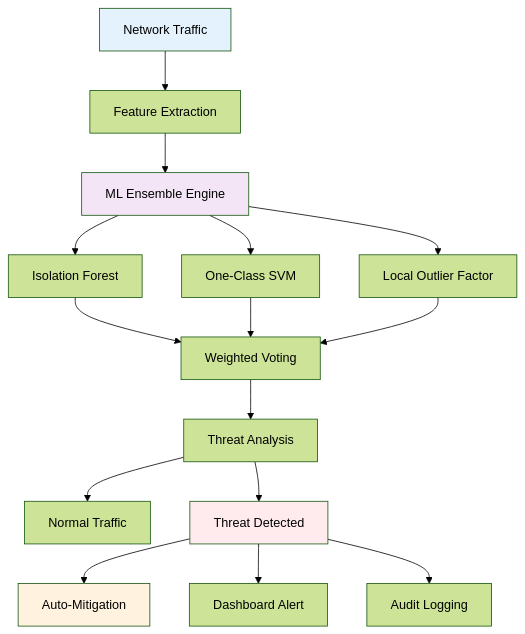
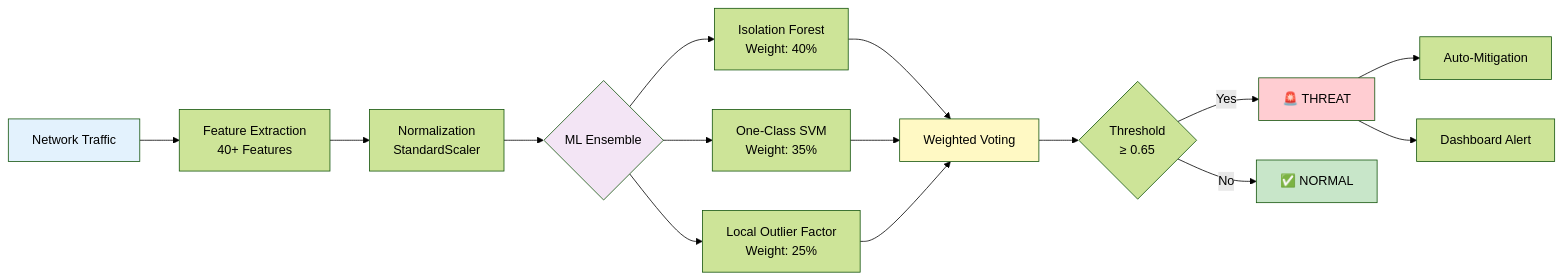
Before and after one commit to LuthandoCandlovu/zero-day-detection: the diagram in README.md, drawn with Mermaid (forest theme). The commit also changed other lines of this file, not shown here.

````diff
--- a/README.md
+++ b/README.md
@@ -131,26 +188,28 @@
 ```mermaid
-graph TB
-    A[Network Traffic] --> B[Feature Extraction]
-    B --> C[ML Ensemble Engine]
+graph LR
+    A[Network Traffic] --> B[Feature Extraction<br/>40+ Features]
+    B --> C[Normalization<br/>StandardScaler]
+    C --> D{ML Ensemble}
     
-    C --> D[Isolation Forest]
-    C --> E[One-Class SVM]
-    C --> F[Local Outlier Factor]
+    D --> E[Isolation Forest<br/>Weight: 40%]
+    D --> F[One-Class SVM<br/>Weight: 35%]
+    D --> G[Local Outlier Factor<br/>Weight: 25%]
     
-    D --> G[Weighted Voting]
-    E --> G
-    F --> G
+    E --> H[Weighted Voting]
+    F --> H
+    G --> H
     
-    G --> H[Threat Analysis]
-    H --> I[Normal Traffic]
-    H --> J[Threat Detected]
+    H --> I{Threshold<br/>≥ 0.65}
     
-    J --> K[Auto-Mitigation]
-    J --> L[Dashboard Alert]
-    J --> M[Audit Logging]
+    I -->|Yes| J[🚨 THREAT]
+    I -->|No| K[✅ NORMAL]
+    
+    J --> L[Auto-Mitigation]
+    J --> M[Dashboard Alert]
     
     style A fill:#e3f2fd
-    style C fill:#f3e5f5
-    style J fill:#ffebee
-    style K fill:#fff3e0
+    style D fill:#f3e5f5
+    style H fill:#fff9c4
+    style J fill:#ffcdd2
+    style K fill:#c8e6c9
 ```
````
